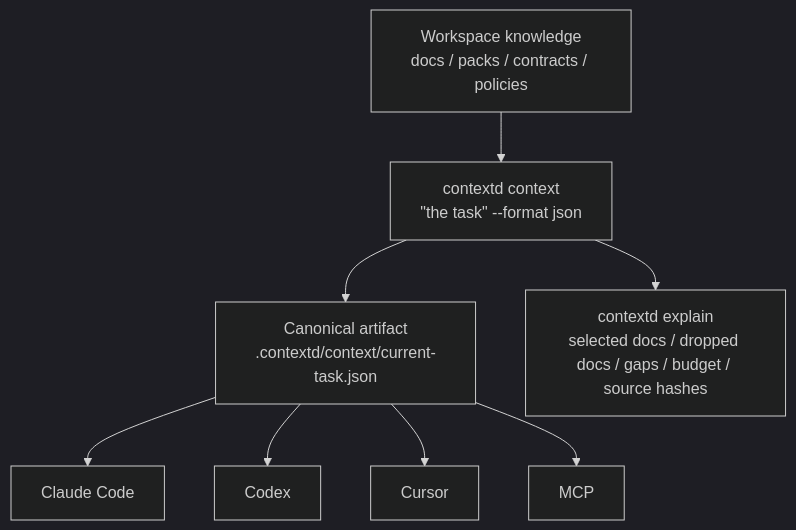
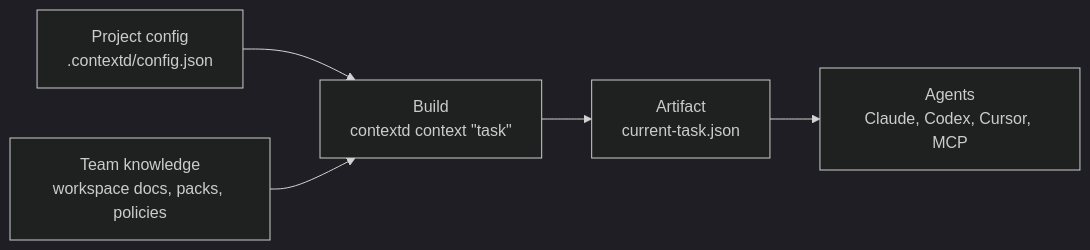
The diagram in README.md (philngt/contextd), drawn with Mermaid (dark theme) before and after one commit.

Commit message:
Simplify README context flow diagram

````diff
--- a/README.md
+++ b/README.md
@@ -10,10 +10,13 @@
 ```mermaid
-flowchart TD
-  A["Workspace knowledge<br/>docs / packs / contracts / policies"] --> B["contextd context<br/>&quot;the task&quot; --format json"]
-  B --> C["Canonical artifact<br/>.contextd/context/current-task.json"]
-  C --> D["Claude Code"]
-  C --> E["Codex"]
-  C --> F["Cursor"]
-  C --> G["MCP"]
-  B --> H["contextd explain<br/>selected docs / dropped docs / gaps / budget / source hashes"]
+flowchart LR
+  Config["Project config<br/>.contextd/config.json"]
+  Knowledge["Team knowledge<br/>workspace docs, packs, policies"]
+  Build["Build<br/>contextd context &quot;task&quot;"]
+  Artifact["Artifact<br/>current-task.json"]
+  Agents["Agents<br/>Claude, Codex, Cursor, MCP"]
+
+  Config --> Build
+  Knowledge --> Build
+  Build --> Artifact
+  Artifact --> Agents
 ```
````
